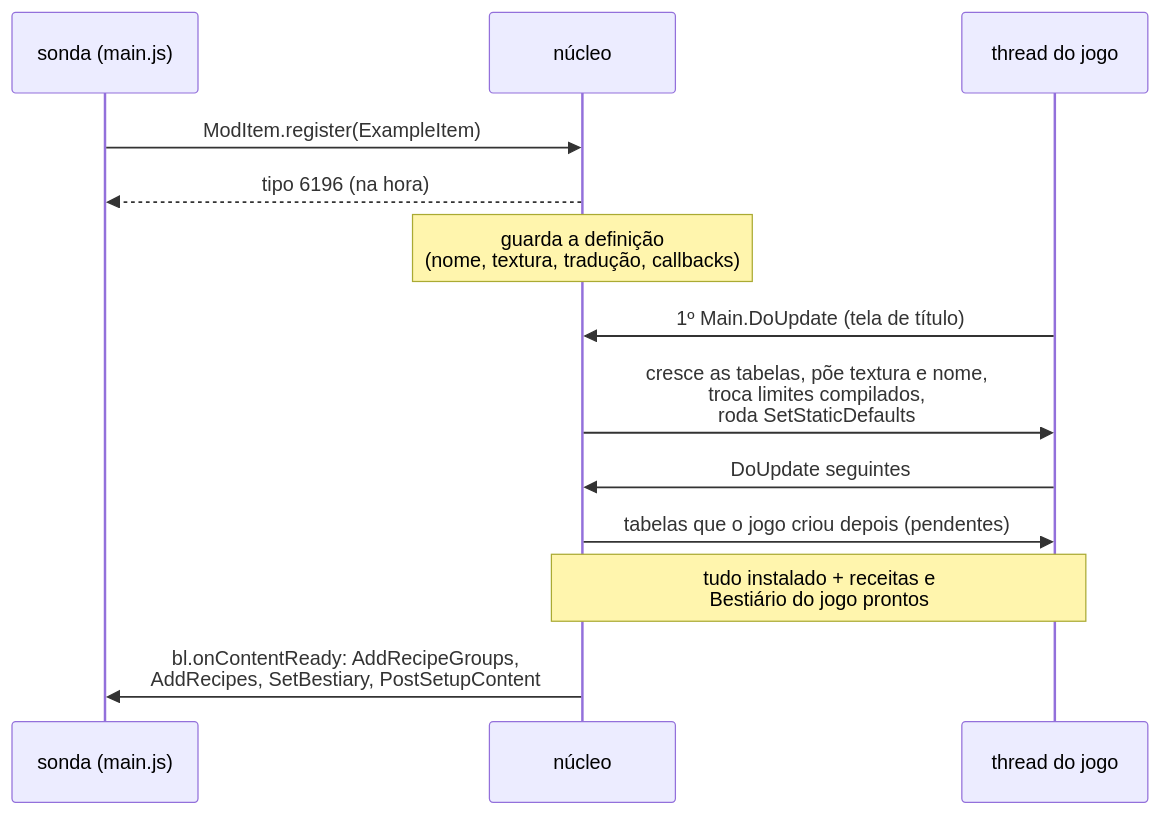
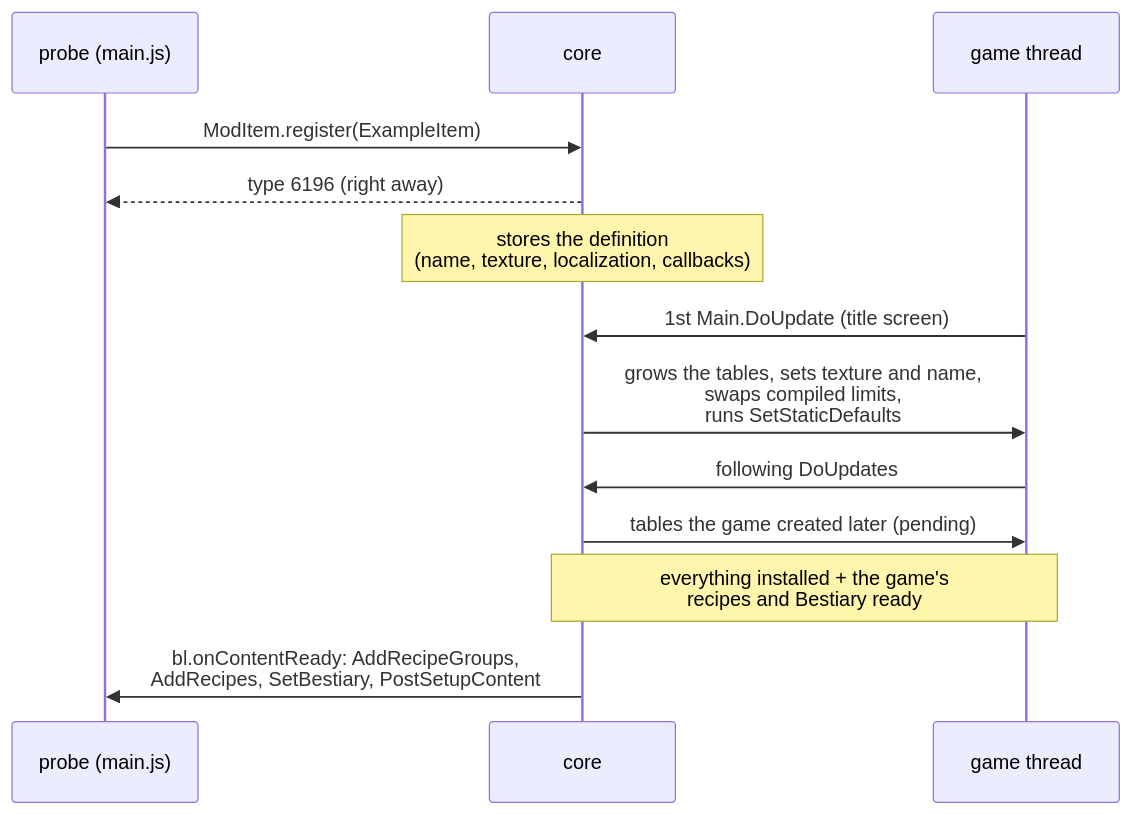
The diagram in docs/nucleo/conteudo.md (JonataOliveiraa/Bunny-Loader), drawn with Mermaid before and after one commit. The commit also changed other lines of this file and 89 other files, not shown here.

````diff
--- a/docs/nucleo/conteudo.md
+++ b/docs/nucleo/conteudo.md
@@ -45,15 +46,15 @@
 ```mermaid
 sequenceDiagram
-    participant S as sonda (main.js)
-    participant N as núcleo
-    participant G as thread do jogo
+    participant S as probe (main.js)
+    participant N as core
+    participant G as game thread
     S->>N: ModItem.register(ExampleItem)
-    N-->>S: tipo 6196 (na hora)
-    Note over N: guarda a definição<br/>(nome, textura, tradução, callbacks)
-    G->>N: 1º Main.DoUpdate (tela de título)
-    N->>G: cresce as tabelas, põe textura e nome,<br/>troca limites compilados,<br/>roda SetStaticDefaults
-    G->>N: DoUpdate seguintes
-    N->>G: tabelas que o jogo criou depois (pendentes)
-    Note over N,G: tudo instalado + receitas e<br/>Bestiário do jogo prontos
+    N-->>S: type 6196 (right away)
+    Note over N: stores the definition<br/>(name, texture, localization, callbacks)
+    G->>N: 1st Main.DoUpdate (title screen)
+    N->>G: grows the tables, sets texture and name,<br/>swaps compiled limits,<br/>runs SetStaticDefaults
+    G->>N: following DoUpdates
+    N->>G: tables the game created later (pending)
+    Note over N,G: everything installed + the game's<br/>recipes and Bestiary ready
     N->>S: bl.onContentReady: AddRecipeGroups,<br/>AddRecipes, SetBestiary, PostSetupContent
 ```
````
